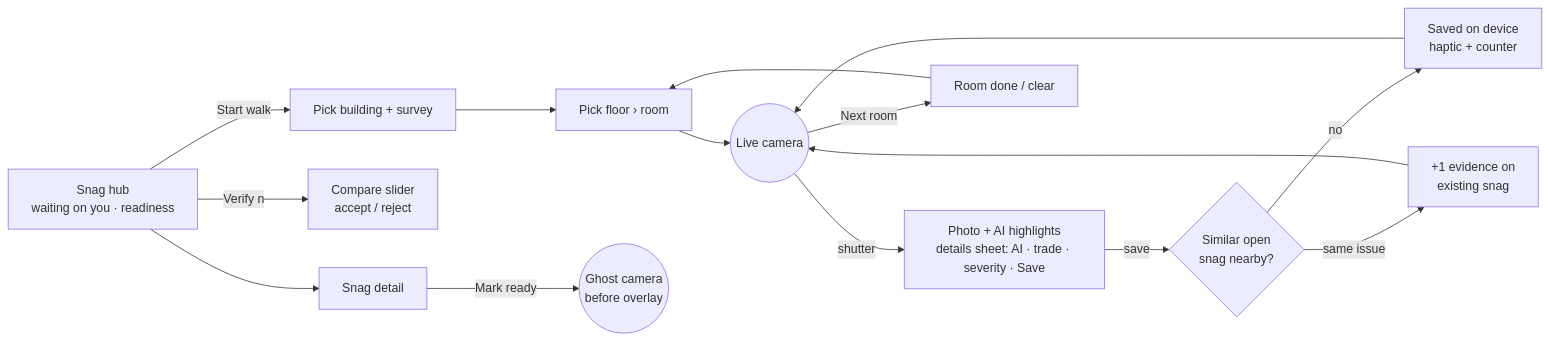
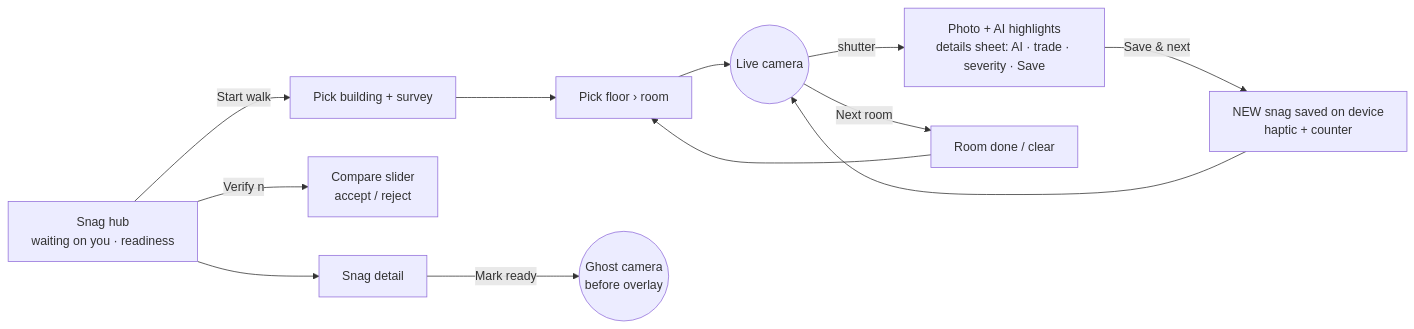
The first of 8 diagrams in docs/snag-assistant.md (the-reciprocal-solutions/fusioneco-fieldops), drawn with Mermaid before and after one commit. The commit also changed other lines of this file and 53 other files, not shown here.

````diff
--- a/docs/snag-assistant.md
+++ b/docs/snag-assistant.md
@@ -65,17 +65,14 @@
 ```mermaid
 flowchart LR
   Hub[Snag hub<br/>waiting on you · readiness] -->|Start walk| Setup[Pick building + survey]
   Setup --> Room[Pick floor › room]
   Room --> Cam((Live camera))
   Cam -->|shutter| Compose[Photo + AI highlights<br/>details sheet: AI · trade · severity · Save]
-  Compose -->|save| Dup{Similar open<br/>snag nearby?}
-  Dup -->|no| Saved[Saved on device<br/>haptic + counter]
-  Dup -->|same issue| PlusOne[+1 evidence on<br/>existing snag]
+  Compose -->|Save & next| Saved[NEW snag saved on device<br/>haptic + counter]
   Saved --> Cam
-  PlusOne --> Cam
   Cam -->|Next room| Sweep[Room done / clear]
   Sweep --> Room
   Hub -->|Verify n| Verify[Compare slider<br/>accept / reject]
   Hub --> Detail[Snag detail]
   Detail -->|Mark ready| Ghost((Ghost camera<br/>before overlay))
 ```
````
